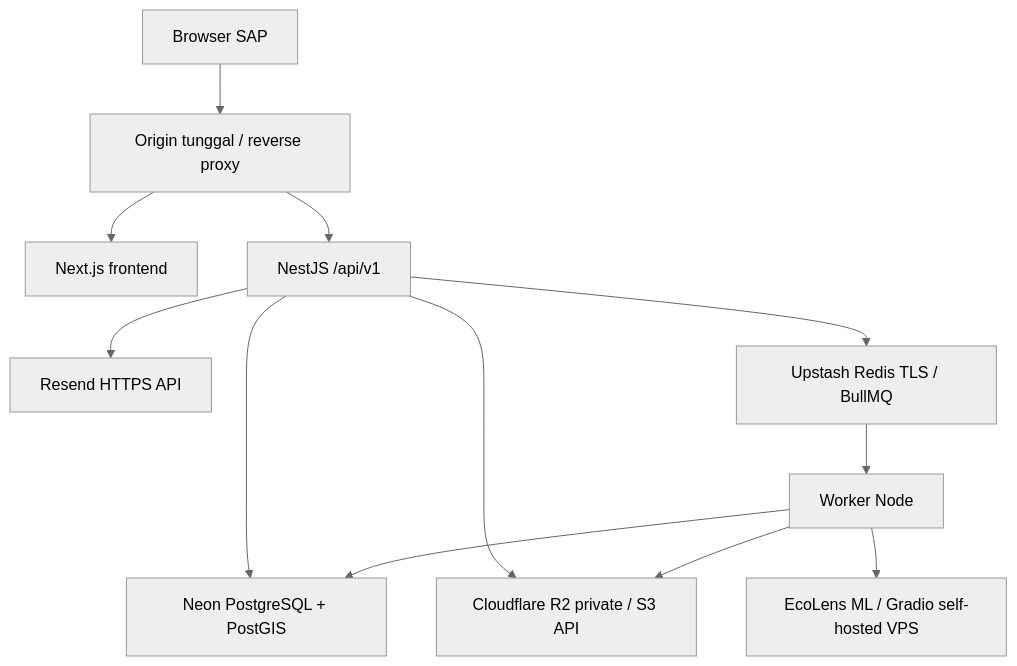
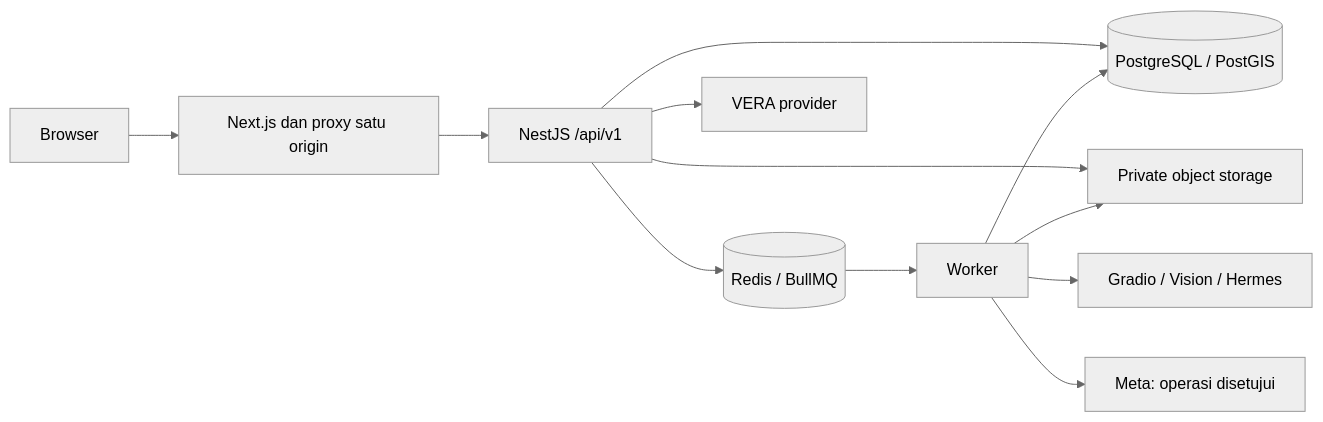
The diagram in docs/TECH_SPEC.md (sitaurs/VERGO), drawn with Mermaid (neutral theme) before and after one commit. The commit also changed other lines of this file and 42 other files, not shown here.

````diff
--- a/docs/TECH_SPEC.md
+++ b/docs/TECH_SPEC.md
@@ -24,14 +24,14 @@
 ```mermaid
-flowchart TD
-  B["Browser SAP"] --> P["Origin tunggal / reverse proxy"]
-  P --> W["Next.js frontend"]
-  P --> A["NestJS /api/v1"]
-  A --> D["Neon PostgreSQL + PostGIS"]
-  A --> S["Cloudflare R2 private / S3 API"]
-  A --> E["Resend HTTPS API"]
-  A --> Q["Upstash Redis TLS / BullMQ"]
-  Q --> J["Worker Node"]
-  J --> G["EcoLens ML / Gradio self-hosted VPS"]
+flowchart LR
+  B[Browser] --> W[Next.js dan proxy satu origin]
+  W --> A[NestJS /api/v1]
+  A --> D[(PostgreSQL / PostGIS)]
+  A --> Q[(Redis / BullMQ)]
+  A --> S[Private object storage]
+  Q --> J[Worker]
   J --> D
   J --> S
+  J --> G[Gradio / Vision / Hermes]
+  J --> M[Meta: operasi disetujui]
+  A --> V[VERA provider]
 ```
````
